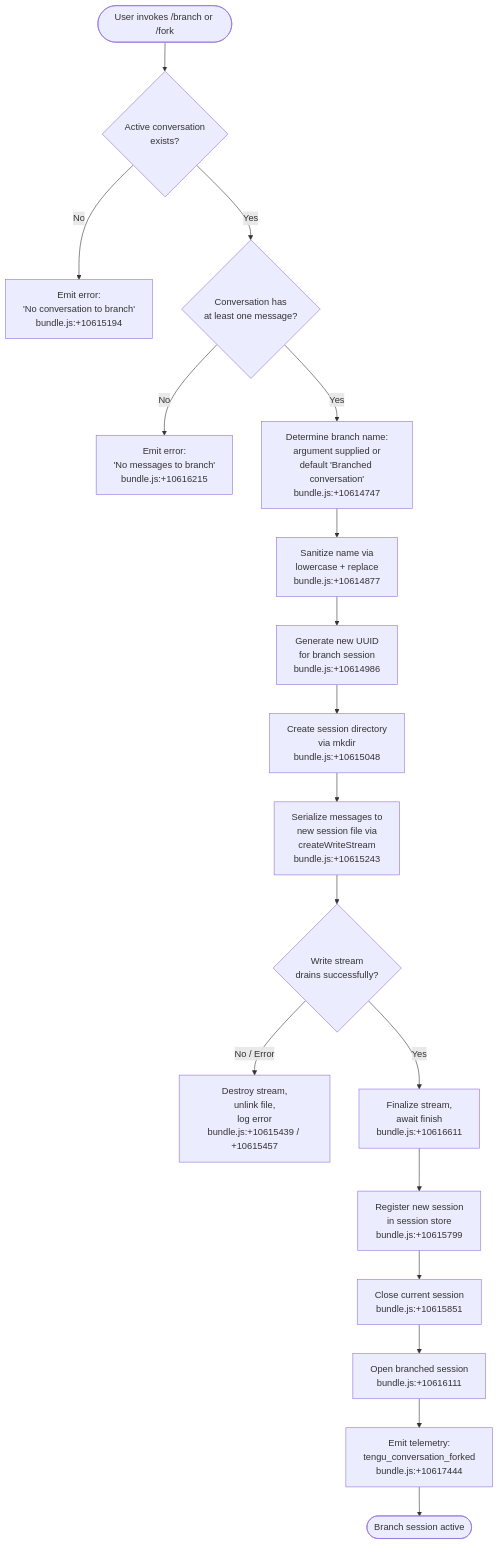
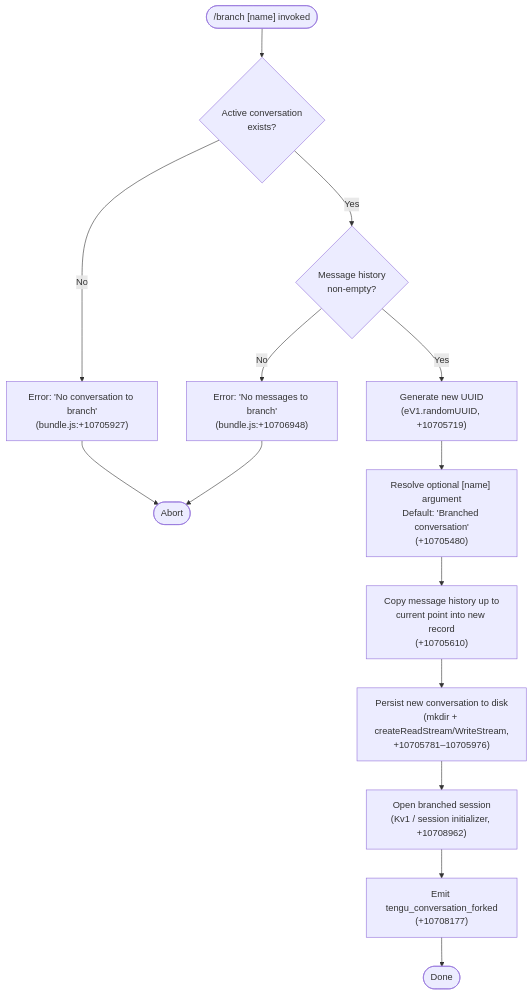
The diagram in versions/v2.1.158/branch.md (MyLittleLuckyDog/cc-gnothi), drawn with Mermaid before and after one commit. The commit also changed other lines of this file and 593 other files, not shown here.

````diff
--- a/versions/v2.1.158/branch.md
+++ b/versions/v2.1.158/branch.md
@@ -47,20 +56,16 @@
 ```mermaid
 flowchart TD
-    A([User invokes /branch or /fork]) --> B{Active conversation\nexists?}
-    B -- No --> C[Emit error:\n'No conversation to branch'\nbundle.js:+10615194]
-    B -- Yes --> D{Conversation has\nat least one message?}
-    D -- No --> E[Emit error:\n'No messages to branch'\nbundle.js:+10616215]
-    D -- Yes --> F[Determine branch name:\nargument supplied or\ndefault 'Branched conversation'\nbundle.js:+10614747]
-    F --> G[Sanitize name via\nlowercase + replace\nbundle.js:+10614877]
-    G --> H[Generate new UUID\nfor branch session\nbundle.js:+10614986]
-    H --> I[Create session directory\nvia mkdir\nbundle.js:+10615048]
-    I --> J[Serialize messages to\nnew session file via\ncreateWriteStream\nbundle.js:+10615243]
-    J --> K{Write stream\ndrains successfully?}
-    K -- No / Error --> L[Destroy stream,\nunlink file,\nlog error\nbundle.js:+10615439 / +10615457]
-    K -- Yes --> M[Finalize stream,\nawait finish\nbundle.js:+10616611]
-    M --> N[Register new session\nin session store\nbundle.js:+10615799]
-    N --> O[Close current session\nbundle.js:+10615851]
-    O --> P[Open branched session\nbundle.js:+10616111]
-    P --> Q[Emit telemetry:\ntengu_conversation_forked\nbundle.js:+10617444]
-    Q --> R([Branch session active])
+    A(["/branch [name] invoked"]) --> B{Active conversation\nexists?}
+    B -- No --> C["Error: 'No conversation to branch'\n(bundle.js:+10705927)"]
+    B -- Yes --> D{Message history\nnon-empty?}
+    D -- No --> E["Error: 'No messages to branch'\n(bundle.js:+10706948)"]
+    D -- Yes --> F["Generate new UUID\n(eV1.randomUUID, +10705719)"]
+    F --> G["Resolve optional [name] argument\nDefault: 'Branched conversation'\n(+10705480)"]
+    G --> H["Copy message history up to\ncurrent point into new record\n(+10705610)"]
+    H --> I["Persist new conversation to disk\n(mkdir + createReadStream/WriteStream,\n+10705781–10705976)"]
+    I --> J["Open branched session\n(Kv1 / session initializer, +10708962)"]
+    J --> K["Emit tengu_conversation_forked\n(+10708177)"]
+    K --> L([Done])
+    C --> M([Abort])
+    E --> M
 ```
````
